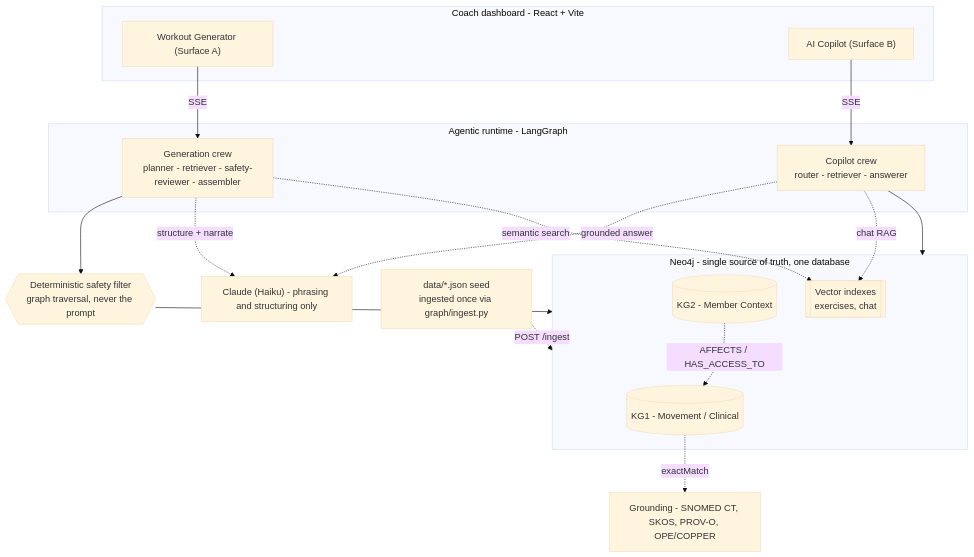
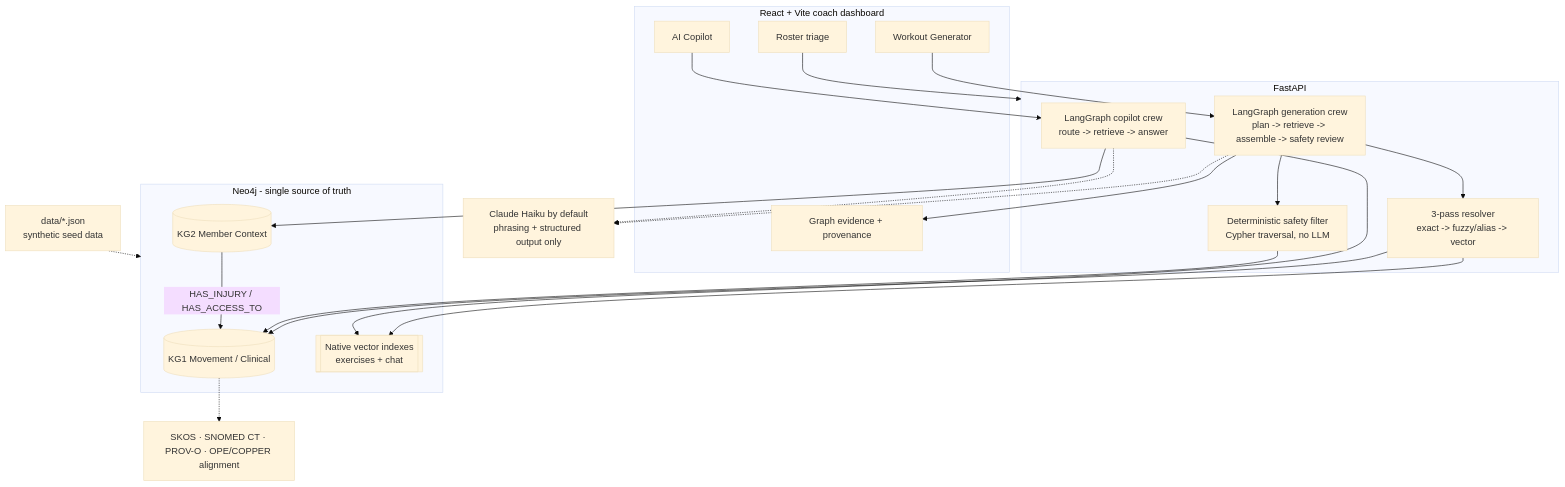
The diagram in README.md (trossitter/future-coach-dashboard), drawn with Mermaid (base theme) before and after one commit. The commit also changed other lines of this file and 2 other files, not shown here.

Commit message:
docs: tighten graph-smarts presentation

````diff
--- a/README.md
+++ b/README.md
@@ -16,35 +30,39 @@
 ```mermaid
 flowchart TB
-  subgraph UI["Coach dashboard - React + Vite"]
-    A["Workout Generator (Surface A)"]
-    B["AI Copilot (Surface B)"]
+  subgraph UI["React + Vite coach dashboard"]
+    R["Roster triage"]
+    G["Workout Generator"]
+    C["AI Copilot"]
+    E["Graph evidence + provenance"]
   end
 
-  subgraph RT["Agentic runtime - LangGraph"]
-    G["Generation crew<br/>planner - retriever - safety-reviewer - assembler"]
-    C["Copilot crew<br/>router - retriever - answerer"]
+  subgraph API["FastAPI"]
+    GEN["LangGraph generation crew<br/>plan -> retrieve -> assemble -> safety review"]
+    COP["LangGraph copilot crew<br/>route -> retrieve -> answer"]
+    RES["3-pass resolver<br/>exact -> fuzzy/alias -> vector"]
+    SAFE["Deterministic safety filter<br/>Cypher traversal, no LLM"]
   end
 
-  SAFE{{"Deterministic safety filter<br/>graph traversal, never the prompt"}}
-
-  subgraph KG["Neo4j - single source of truth, one database"]
-    K1[("KG1 - Movement / Clinical")]
-    K2[("KG2 - Member Context")]
-    VEC[["Vector indexes<br/>exercises, chat"]]
+  subgraph NEO["Neo4j - single source of truth"]
+    KG1[("KG1 Movement / Clinical")]
+    KG2[("KG2 Member Context")]
+    VEC[["Native vector indexes<br/>exercises + chat"]]
   end
 
-  SEED["data/*.json seed<br/>ingested once via graph/ingest.py"]
-  SEED -.->|"POST /ingest"| KG
+  LLM["Claude Haiku by default<br/>phrasing + structured output only"]
+  ONT["SKOS · SNOMED CT · PROV-O · OPE/COPPER alignment"]
+  SEED["data/*.json<br/>synthetic seed data"]
 
-  LLM["Claude (Haiku) - phrasing and structuring only"]
-  GR["Grounding - SNOMED CT, SKOS, PROV-O, OPE/COPPER"]
-
-  A -->|SSE| G --> SAFE --> KG
-  B -->|SSE| C --> KG
-  G -.->|"structure + narrate"| LLM
-  C -.->|"grounded answer"| LLM
-  G -.->|"semantic search"| VEC
-  C -.->|"chat RAG"| VEC
-  K1 -.->|exactMatch| GR
-  K2 -.->|"AFFECTS / HAS_ACCESS_TO"| K1
+  SEED -.-> NEO
+  R --> API
+  G --> GEN --> RES --> KG1
+  GEN --> SAFE --> KG1
+  GEN --> E
+  C --> COP --> KG2
+  RES --> VEC
+  COP --> VEC
+  KG2 -->|"HAS_INJURY / HAS_ACCESS_TO"| KG1
+  GEN -.-> LLM
+  COP -.-> LLM
+  KG1 -.-> ONT
 ```
````
